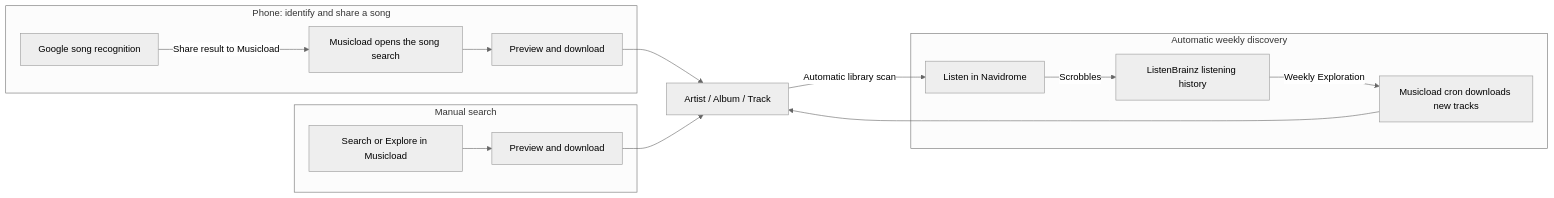
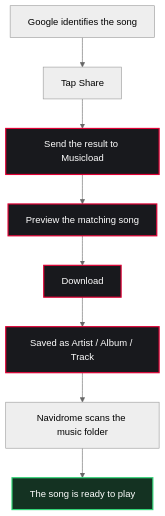
Before and after one commit to Kingdaniel4747/musicload: the first of 3 diagrams in README.md, drawn with Mermaid (neutral theme). The commit also changed other lines of this file, not shown here.

````diff
--- a/README.md
+++ b/README.md
@@ -21,21 +23,19 @@
 ```mermaid
-flowchart LR
-    subgraph PHONE["Phone: identify and share a song"]
-        A["Google song recognition"] -->|"Share result to Musicload"| B["Musicload opens the song search"]
-        B --> C["Preview and download"]
-    end
+flowchart TD
+    A["Google identifies the song"]
+    B["Tap Share"]
+    C["Send the result to Musicload"]
+    D["Preview the matching song"]
+    E["Download"]
+    F["Saved as Artist / Album / Track"]
+    G["Navidrome scans the music folder"]
+    H["The song is ready to play"]
 
-    subgraph MANUAL["Manual search"]
-        D["Search or Explore in Musicload"] --> E["Preview and download"]
-    end
+    A --> B --> C --> D --> E --> F --> G --> H
 
-    subgraph WEEKLY["Automatic weekly discovery"]
-        F["Listen in Navidrome"] -->|"Scrobbles"| G["ListenBrainz listening history"]
-        G -->|"Weekly Exploration"| H["Musicload cron downloads new tracks"]
-    end
+    classDef musicload fill:#18191d,stroke:#e00035,color:#ffffff,stroke-width:2px;
+    classDef final fill:#143222,stroke:#32d477,color:#ffffff,stroke-width:2px;
 
-    C --> I["Artist / Album / Track"]
-    E --> I
-    H --> I
-    I -->|"Automatic library scan"| F
+    class C,D,E,F musicload;
+    class H final;
 ```
````
